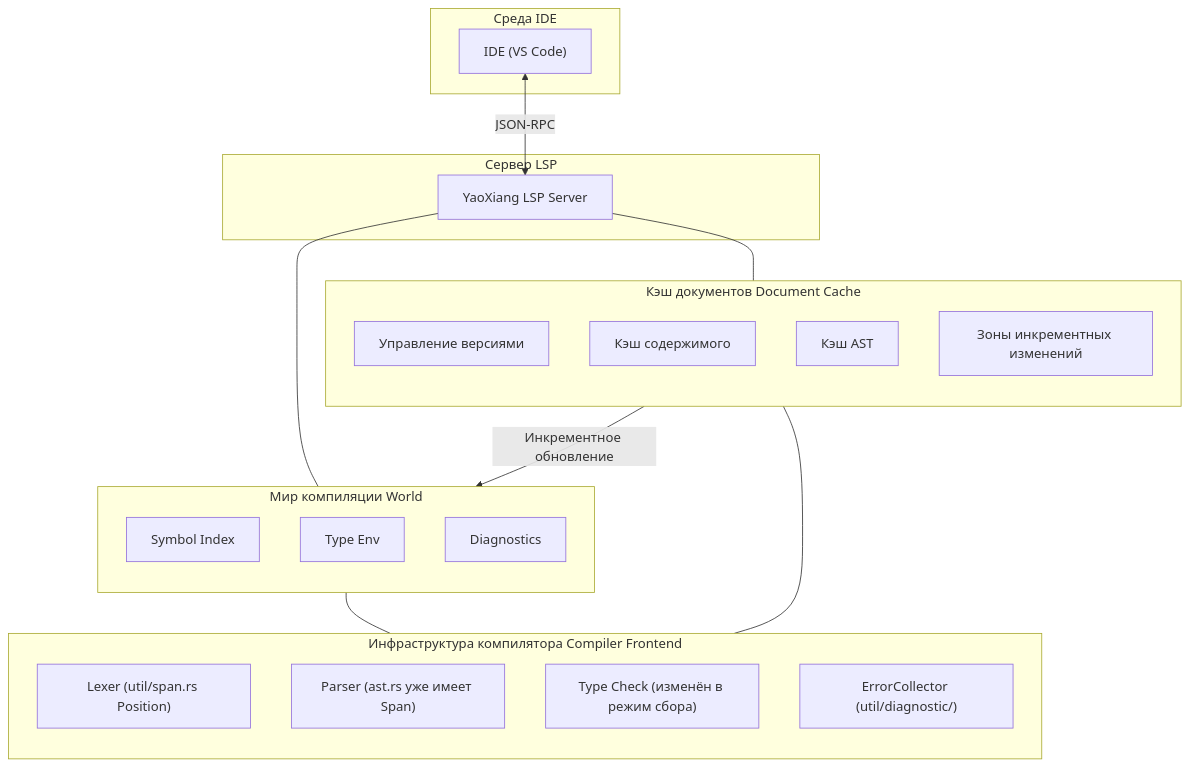
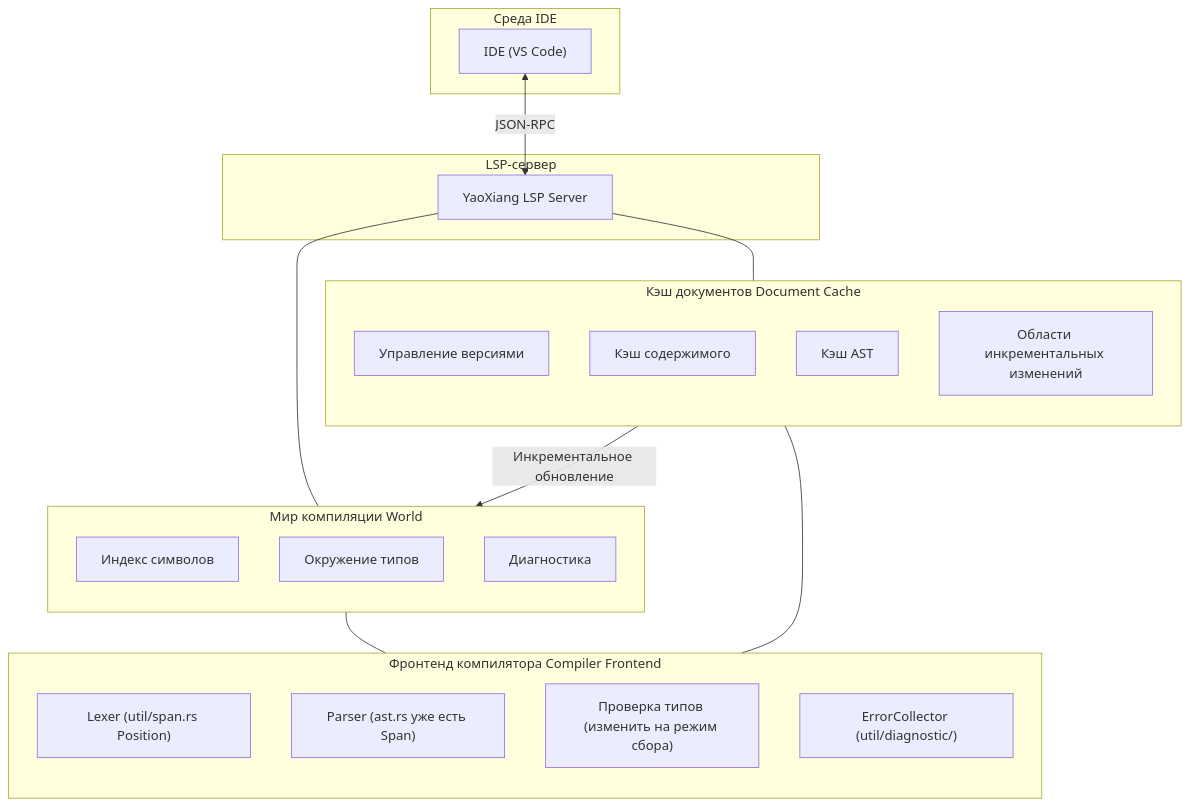
One commit to ChenXu233/YaoXiang changed the diagram in docs/src/ru/design/rfc/accepted/017-lsp-support.md. Above: the diagram before and after it, drawn with Mermaid. The commit also changed other lines of this file and 86 other files, not shown here.

````diff
--- a/docs/src/ru/design/rfc/accepted/017-lsp-support.md
+++ b/docs/src/ru/design/rfc/accepted/017-lsp-support.md
@@ -139,43 +142,43 @@
 ```mermaid
 flowchart TD
     subgraph IDE_Environment [Среда IDE]
         IDE["IDE (VS Code)"]
     end
 
-    subgraph LSP_Server [Сервер LSP]
+    subgraph LSP_Server [LSP-сервер]
         LSP["YaoXiang LSP Server"]
     end
 
     subgraph World_Compile [Мир компиляции World]
         direction TB
-        W_Symbol["Symbol Index"]
-        W_Type["Type Env"]
-        W_Diag["Diagnostics"]
+        W_Symbol["Индекс символов"]
+        W_Type["Окружение типов"]
+        W_Diag["Диагностика"]
     end
 
     subgraph Cache [Кэш документов Document Cache]
         direction TB
         C_Version["Управление версиями"]
         C_Content["Кэш содержимого"]
         C_AST["Кэш AST"]
-        C_Delta["Зоны инкрементных изменений"]
+        C_Delta["Области инкрементальных изменений"]
     end
 
-    subgraph Frontend [Инфраструктура компилятора Compiler Frontend]
+    subgraph Frontend [Фронтенд компилятора Compiler Frontend]
         direction TB
         F_Lexer["Lexer (util/span.rs Position)"]
-        F_Parser["Parser (ast.rs уже имеет Span)"]
-        F_TypeCheck["Type Check (изменён в режим сбора)"]
+        F_Parser["Parser (ast.rs уже есть Span)"]
+        F_TypeCheck["Проверка типов (изменить на режим сбора)"]
         F_ErrorCollector["ErrorCollector (util/diagnostic/)"]
     end
 
     IDE <-->|JSON-RPC| LSP
 
     LSP --- World_Compile
     LSP --- Cache
 
-    Cache -- "Инкрементное обновление" --> World_Compile
+    Cache -- "Инкрементальное обновление" --> World_Compile
 
     World_Compile --- Frontend
     Cache --- Frontend
 ```
````
